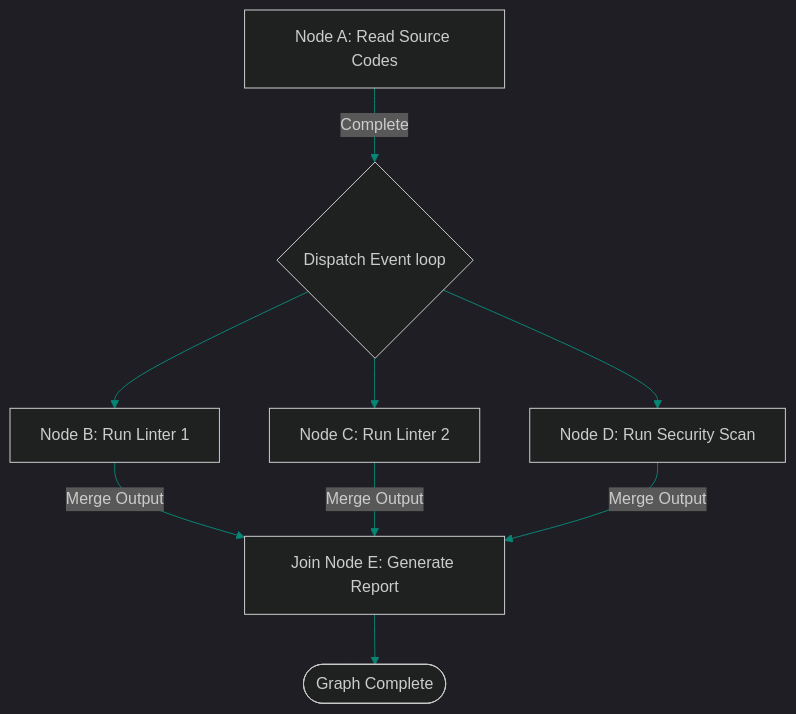
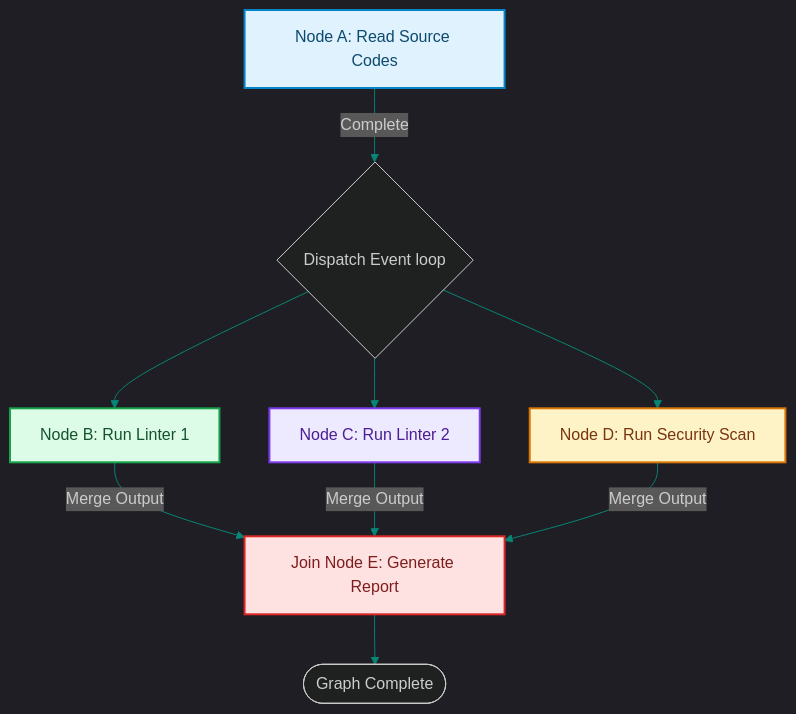
One commit to akmalkhaniub/akmalkhaniub.github.io changed the diagram in blog/posts/orchestration-concurrent-graph-execution-asyncio.md. Above: the diagram before and after it, drawn with Mermaid. The commit also changed other lines of this file and 1291 other files, not shown here.

First line of the commit message:
feat(catalog): unique covers, scholarly references, and diagram palettes

````diff
--- a/blog/posts/orchestration-concurrent-graph-execution-asyncio.md
+++ b/blog/posts/orchestration-concurrent-graph-execution-asyncio.md
@@ -16,15 +16,26 @@
 ```mermaid
 %%{init: {'theme': 'dark', 'themeVariables': { 'primaryColor': '#088574', 'primaryTextColor': '#f3f4f6', 'primaryBorderColor': '#0db49b', 'lineColor': '#088574', 'secondaryColor': '#111827', 'tertiaryColor': '#0b0f19'}}}%%
 flowchart TD
-    NodeA[Node A: Read Source Codes] -->|Complete| Dispatch{Dispatch Event loop}
+    NodeA["Node A: Read Source Codes"] -->|Complete| Dispatch{Dispatch Event loop}
     
-    Dispatch --> NodeB[Node B: Run Linter 1]
-    Dispatch --> NodeC[Node C: Run Linter 2]
-    Dispatch --> NodeD[Node D: Run Security Scan]
+    Dispatch --> NodeB["Node B: Run Linter 1"]
+    Dispatch --> NodeC["Node C: Run Linter 2"]
+    Dispatch --> NodeD["Node D: Run Security Scan"]
     
-    NodeB -->|Merge Output| Join[Join Node E: Generate Report]
+    NodeB -->|Merge Output| Join["Join Node E: Generate Report"]
     NodeC -->|Merge Output| Join
     NodeD -->|Merge Output| Join
     
     Join --> Complete([Graph Complete])
+
+classDef green fill:#dcfce7,stroke:#16a34a,stroke-width:2px,color:#14532d;
+classDef red fill:#fee2e2,stroke:#dc2626,stroke-width:2px,color:#7f1d1d;
+classDef blue fill:#e0f2fe,stroke:#0284c7,stroke-width:2px,color:#0c4a6e;
+classDef yellow fill:#fef3c7,stroke:#d97706,stroke-width:2px,color:#78350f;
+classDef purple fill:#ede9fe,stroke:#7c3aed,stroke-width:2px,color:#4c1d95;
+class NodeA blue
+class NodeB green
+class NodeC purple
+class NodeD yellow
+class Join red
 ```
````
